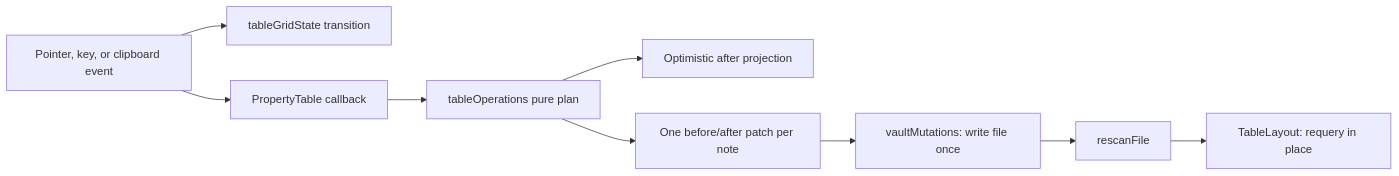
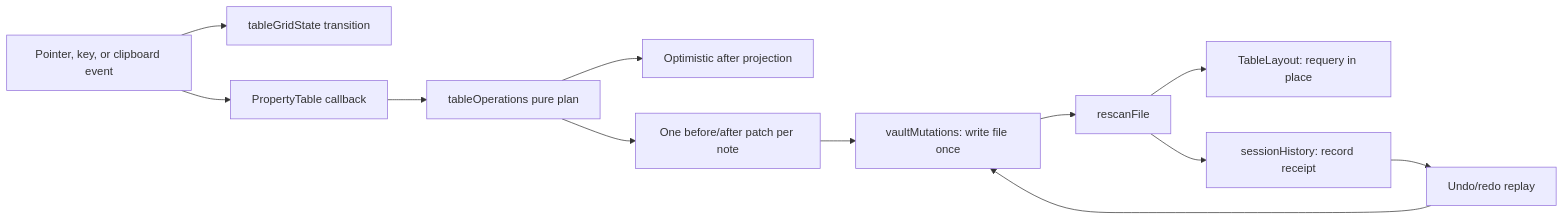
The diagram in docs/recipes/verify-table-interactions.md (waffle-page/waffle), drawn with Mermaid before and after one commit. The commit also changed other lines of this file and 8 other files, not shown here.

First line of the commit message:
Add session undo and redo

````diff
--- a/docs/recipes/verify-table-interactions.md
+++ b/docs/recipes/verify-table-interactions.md
@@ -42,11 +58,14 @@
 ```mermaid
 flowchart LR
     E["Pointer, key, or clipboard event"] --> S["tableGridState transition"]
     E --> P["PropertyTable callback"]
     P --> O["tableOperations pure plan"]
     O --> X["Optimistic after projection"]
     O --> C["One before/after patch per note"]
     C --> W["vaultMutations: write file once"]
     W --> R["rescanFile"]
     R --> Q["TableLayout: requery in place"]
+    R --> H["sessionHistory: record receipt"]
+    H --> U["Undo/redo replay"]
+    U --> W
 ```
````
